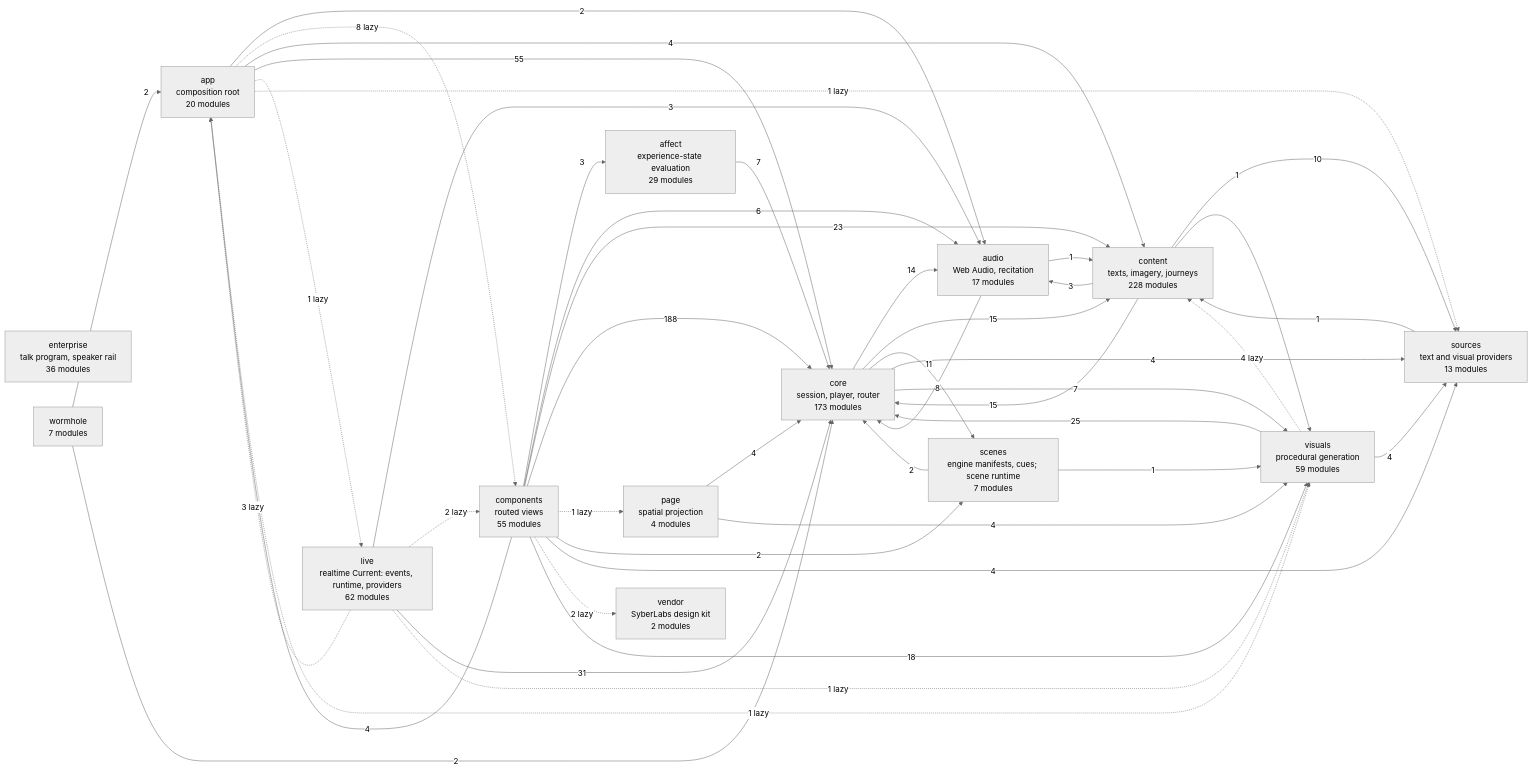
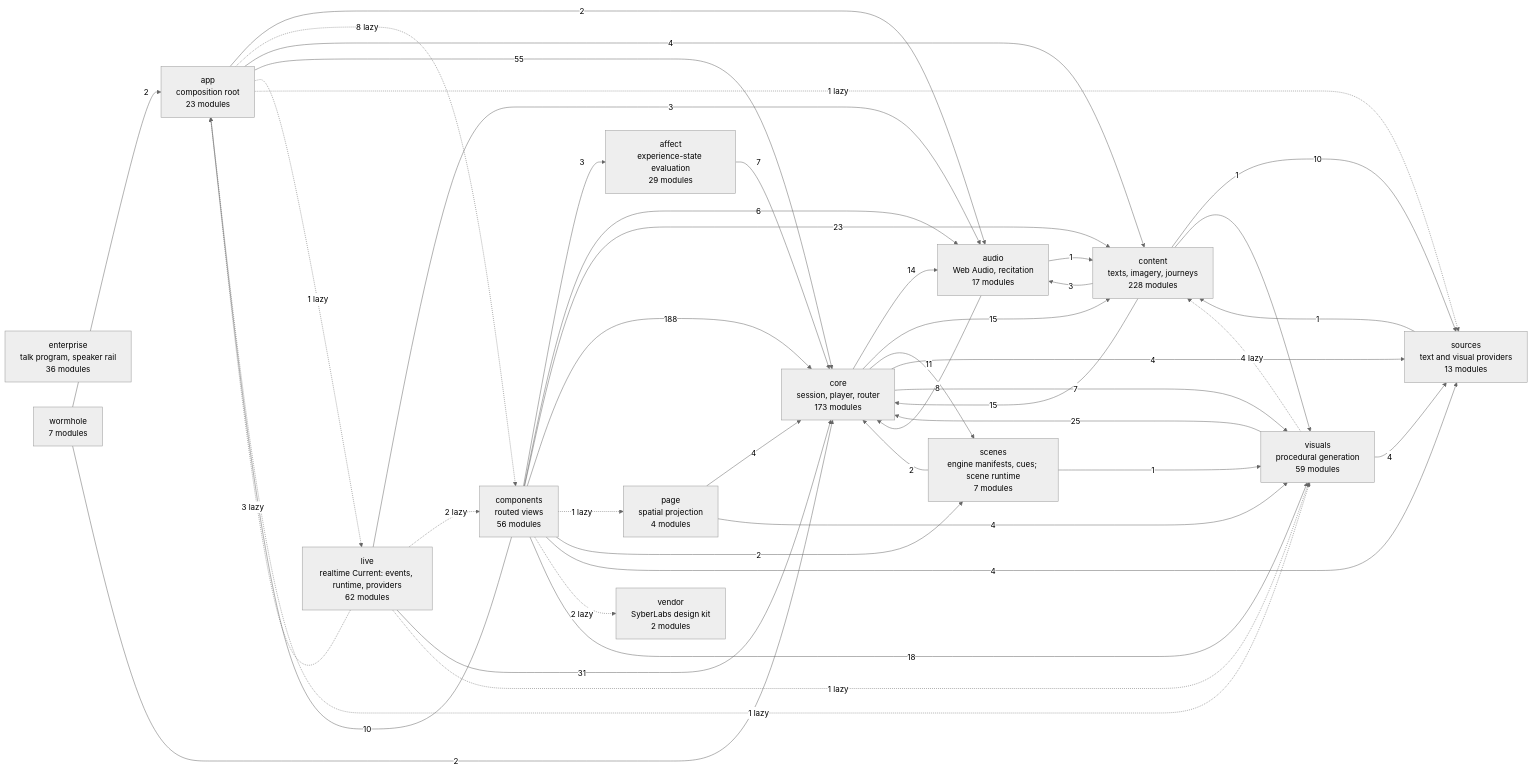
One commit to SyberLabs/RISE changed the diagram in docs/specs/ARCHITECTURE.md. Above: the diagram before and after it, drawn with Mermaid (neutral theme). The commit also changed other lines of this file and 50 other files, not shown here.

````diff
--- a/docs/specs/ARCHITECTURE.md
+++ b/docs/specs/ARCHITECTURE.md
@@ -161,62 +161,62 @@
 ```mermaid
 flowchart LR
     affect["affect<br/>experience-state evaluation<br/>29 modules"]
-    app["app<br/>composition root<br/>20 modules"]
+    app["app<br/>composition root<br/>23 modules"]
     audio["audio<br/>Web Audio, recitation<br/>17 modules"]
-    components["components<br/>routed views<br/>55 modules"]
+    components["components<br/>routed views<br/>56 modules"]
     content["content<br/>texts, imagery, journeys<br/>228 modules"]
     core["core<br/>session, player, router<br/>173 modules"]
     enterprise["enterprise<br/>talk program, speaker rail<br/>36 modules"]
     live["live<br/>realtime Current: events, runtime, providers<br/>62 modules"]
     page["page<br/>spatial projection<br/>4 modules"]
     scenes["scenes<br/>engine manifests, cues; scene runtime<br/>7 modules"]
     sources["sources<br/>text and visual providers<br/>13 modules"]
     vendor["vendor<br/>SyberLabs design kit<br/>2 modules"]
     visuals["visuals<br/>procedural generation<br/>59 modules"]
     wormhole["wormhole<br/>7 modules"]
 
     affect --> |7| core
     app --> |2| audio
     app -.-> |8 lazy| components
     app --> |4| content
     app --> |55| core
     app -.-> |1 lazy| live
     app -.-> |1 lazy| sources
     app -.-> |1 lazy| visuals
     audio --> |1| content
     audio --> |8| core
     components --> |3| affect
-    components --> |4| app
+    components --> |10| app
     components --> |6| audio
     components --> |23| content
     components --> |188| core
     components -.-> |1 lazy| page
     components --> |2| scenes
     components --> |4| sources
     components -.-> |2 lazy| vendor
     components --> |18| visuals
     content --> |3| audio
     content --> |15| core
     content --> |10| sources
     content --> |1| visuals
     core --> |14| audio
     core --> |15| content
     core --> |11| scenes
     core --> |4| sources
     core --> |7| visuals
     live -.-> |3 lazy| app
     live --> |3| audio
     live -.-> |2 lazy| components
     live --> |31| core
     live -.-> |1 lazy| visuals
     page --> |4| core
     page --> |4| visuals
     scenes --> |2| core
     scenes --> |1| visuals
     sources --> |1| content
     visuals -.-> |4 lazy| content
     visuals --> |25| core
     visuals --> |4| sources
     wormhole --> |2| app
     wormhole --> |2| core
 ```
````
